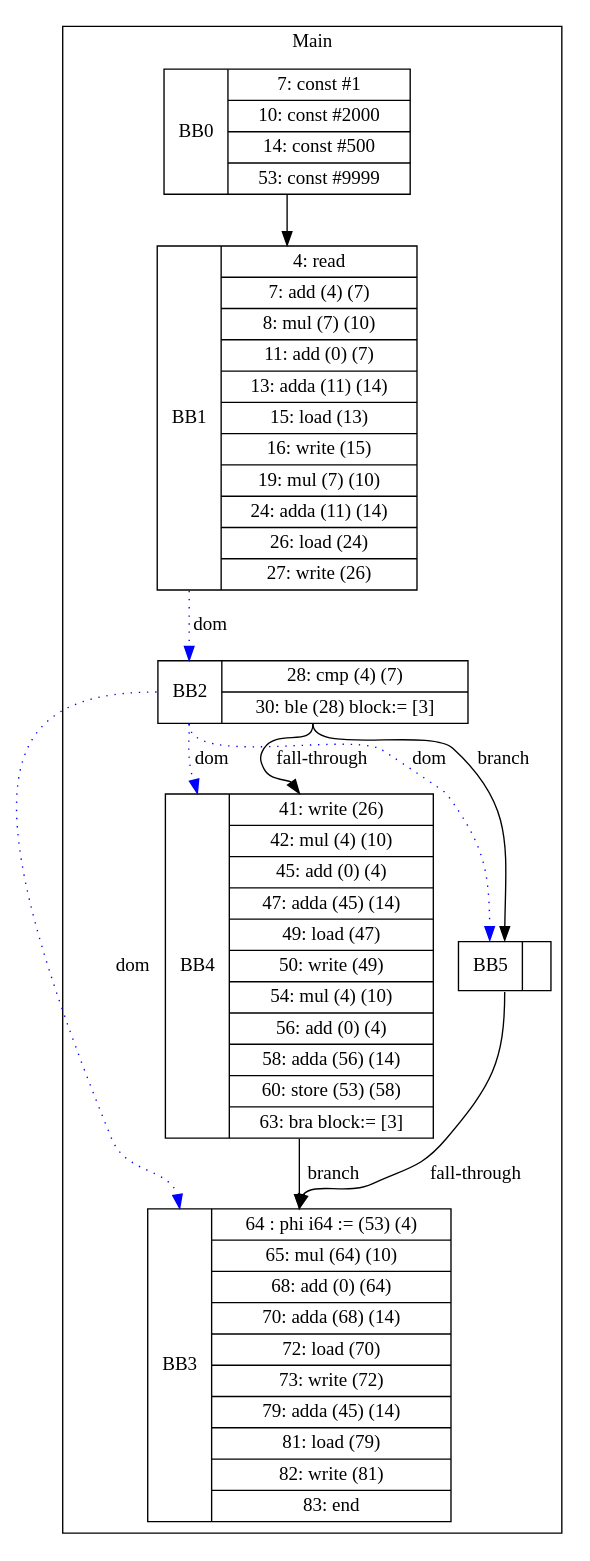
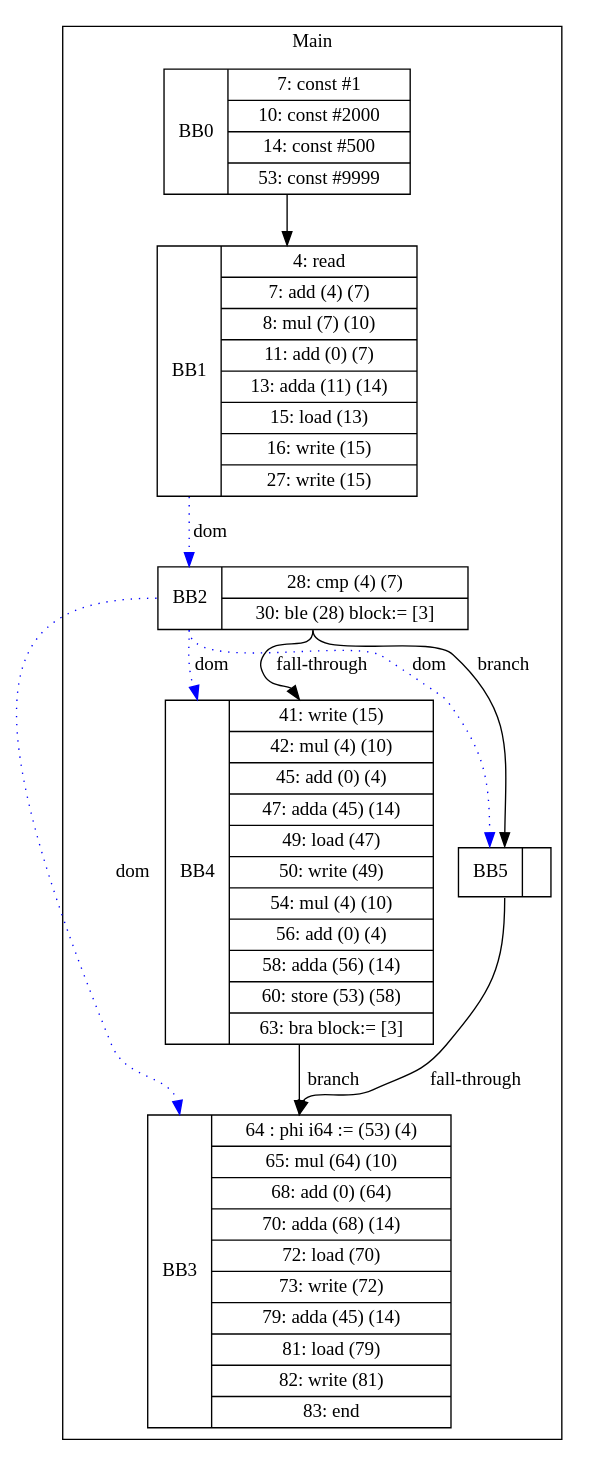
One commit to zjc664656505/UCI-CS241-Advanced-Compiler-main changed the diagram in visualization/cbelem/array/ifJoinKill-3.gv. Above: the diagram before and after it, drawn with Graphviz. The commit also changed 28 other files, not shown here.

```diff
--- a/visualization/cbelem/array/ifJoinKill-3.gv
+++ b/visualization/cbelem/array/ifJoinKill-3.gv
@@ -1,21 +1,21 @@
 digraph G {
 node [shape=record];
 subgraph cluster_main{
 label = "Main";
 BB0 [shape=record, label="<b>BB0|{7: const #1|10: const #2000|14: const #500|53: const #9999}"];
-BB1 [shape=record, label="<b>BB1|{4: read|7: add (4) (7)|8: mul (7) (10)|11: add (0) (7)|13: adda (11) (14)|15: load (13)|16: write (15)|19: mul (7) (10)|24: adda (11) (14)|26: load (24)|27: write (26)}"];
+BB1 [shape=record, label="<b>BB1|{4: read|7: add (4) (7)|8: mul (7) (10)|11: add (0) (7)|13: adda (11) (14)|15: load (13)|16: write (15)|27: write (15)}"];
 BB2 [shape=record, label="<b>BB2|{28: cmp (4) (7)|30: ble (28) block:= [3]}"];
 BB3 [shape=record, label="<b>BB3|{64 : phi i64 := (53) (4)|65: mul (64) (10)|68: add (0) (64)|70: adda (68) (14)|72: load (70)|73: write (72)|79: adda (45) (14)|81: load (79)|82: write (81)|83: end}"];
-BB4 [shape=record, label="<b>BB4|{41: write (26)|42: mul (4) (10)|45: add (0) (4)|47: adda (45) (14)|49: load (47)|50: write (49)|54: mul (4) (10)|56: add (0) (4)|58: adda (56) (14)|60: store (53) (58)|63: bra block:= [3]}"];
+BB4 [shape=record, label="<b>BB4|{41: write (15)|42: mul (4) (10)|45: add (0) (4)|47: adda (45) (14)|49: load (47)|50: write (49)|54: mul (4) (10)|56: add (0) (4)|58: adda (56) (14)|60: store (53) (58)|63: bra block:= [3]}"];
 BB5 [shape=record, label="<b>BB5|}"];
 }
 BB0:s -> BB1:n ;
 BB2:b -> BB3:b [color=blue, style=dotted, label="dom"];
 BB2:b -> BB4:b [color=blue, style=dotted, label="dom"];
 BB1:b -> BB2:b [color=blue, style=dotted, label="dom"];
 BB2:b -> BB5:b [color=blue, style=dotted, label="dom"];
 BB2:s -> BB5:n [label="branch"];
 BB4:s -> BB3:n [label="branch"];
 BB5:s -> BB3:n [label="fall-through"];
 BB2:s -> BB4:n [label="fall-through"];
 }
```
